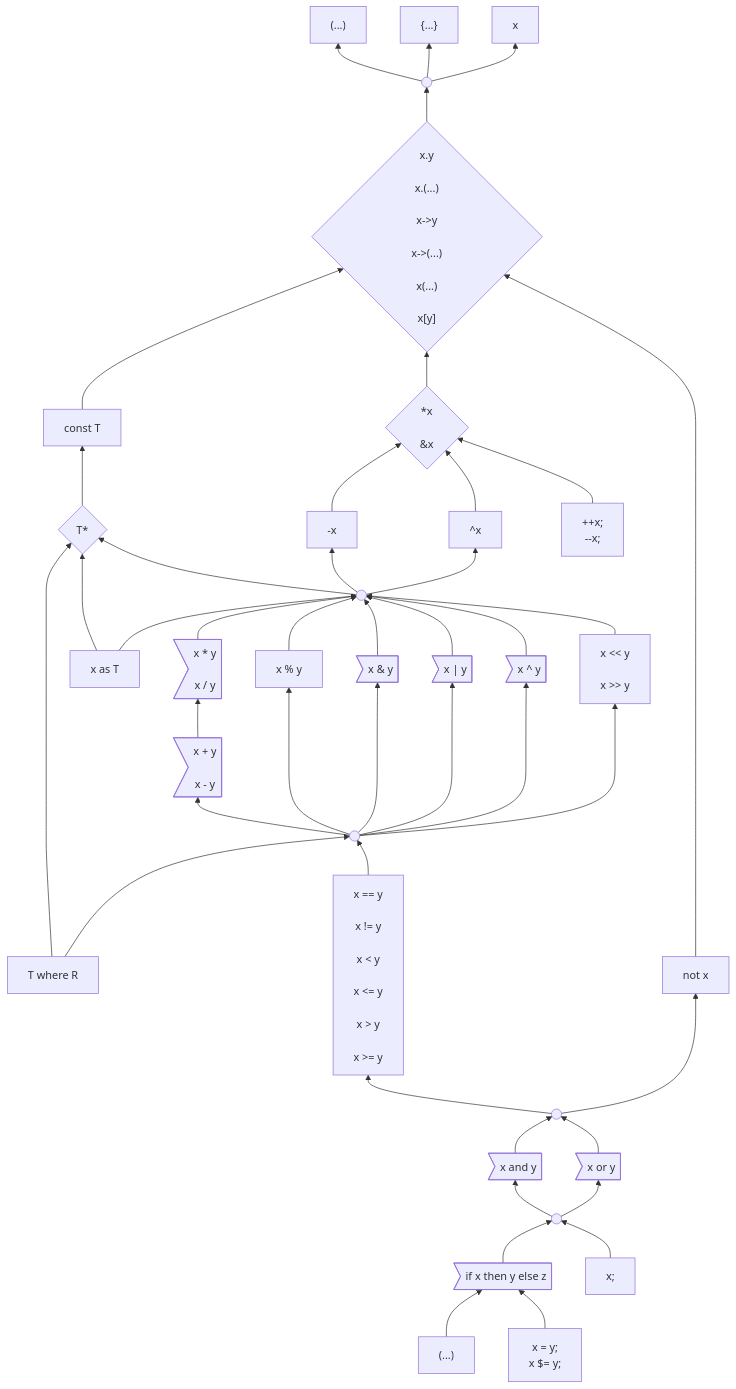
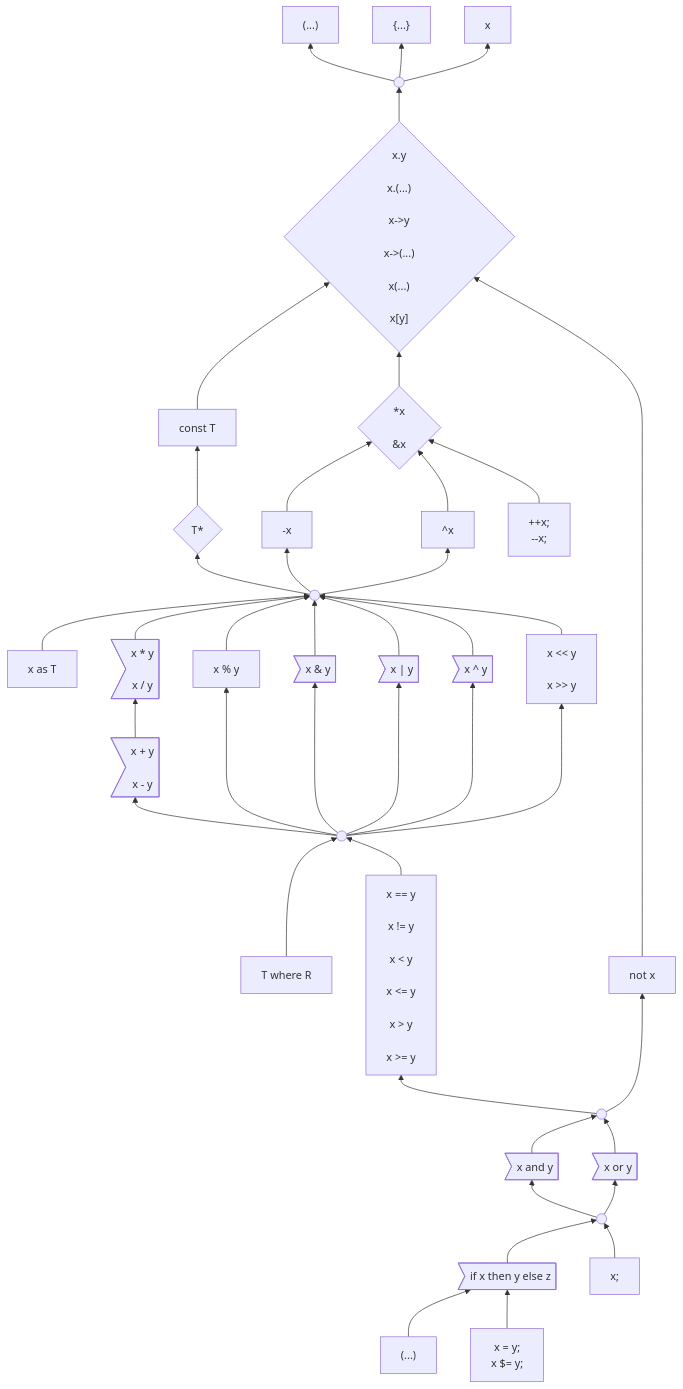
Before and after one commit to carbon-language/carbon-lang: the first of 3 diagrams in docs/design/expressions/README.md, drawn with Mermaid.

Commit message:
Checkpoint progress.

```diff
--- a/docs/design/expressions/README.md
+++ b/docs/design/expressions/README.md
@@ -159,8 +159,8 @@
 
     constType --> suffixOps
     pointerType --> constType
-    where ------> pointerType
-    as --> pointerType
+    %% where ------> pointerType
+    %% as --> pointerType
 
     pointer --> suffixOps
     %% unary ~~~~ pointer
```
